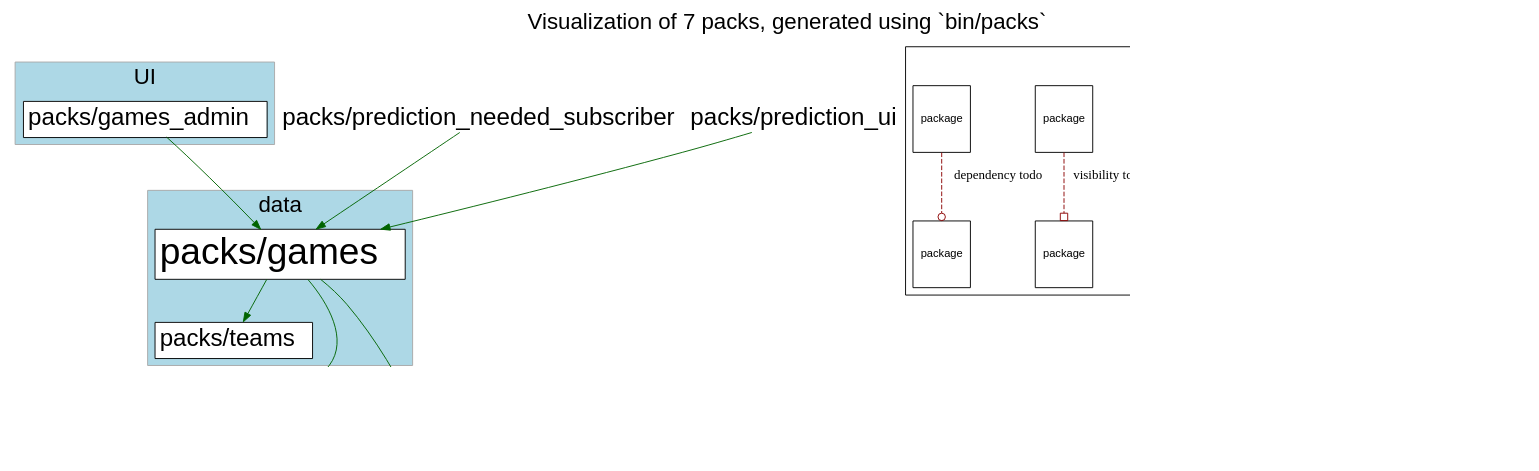
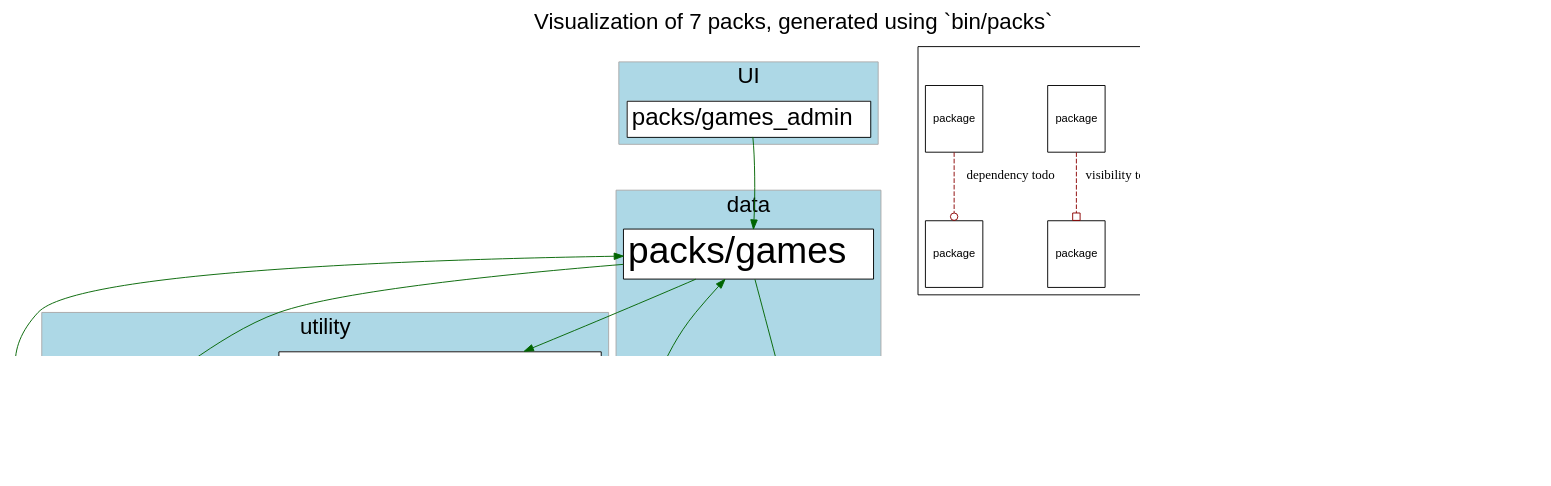
Before and after one commit to shageman/package-based-rails-applications-book: the diagram in c5s09/sportsball/packs/games/packs.dot, drawn with Graphviz. The commit also changed 1037 other files, not shown here.

Commit message:
Improve new packs diagrams when packages are not in layers

```diff
--- a/c5s09/sportsball/packs/games/packs.dot
+++ b/c5s09/sportsball/packs/games/packs.dot
@@ -135,6 +135,46 @@
                   style=invis
                 ]
     }
+    subgraph NotInLayer {
+      shape=box
+      color=darkgrey
+      fillcolor=lightblue
+      style=filled
+
+
+        "packs/prediction_needed_subscriber" [
+            fontsize=26.0
+              URL="https://github.com/shageman/package-based-rails-applications-book/tree/main/c4s07/sportsball/packs/prediction_needed_subscriber"
+            label=               <
+                <table border='0' cellborder='1' cellspacing='0' cellpadding='4'>
+                  <tr> <td align='left'> packs/prediction_needed_subscriber </td> </tr>
+                </table>
+              >
+          ]
+
+                "packs/predictor_interface" -> "packs/prediction_needed_subscriber" [
+                  style=invis
+                ]
+                "packs/rails_shims" -> "packs/prediction_needed_subscriber" [
+                  style=invis
+                ]
+        "packs/prediction_ui" [
+            fontsize=26.0
+              URL="https://github.com/shageman/package-based-rails-applications-book/tree/main/c4s07/sportsball/packs/prediction_ui"
+            label=               <
+                <table border='0' cellborder='1' cellspacing='0' cellpadding='4'>
+                  <tr> <td align='left'> packs/prediction_ui </td> </tr>
+                </table>
+              >
+          ]
+
+                "packs/predictor_interface" -> "packs/prediction_ui" [
+                  style=invis
+                ]
+                "packs/rails_shims" -> "packs/prediction_ui" [
+                  style=invis
+                ]
+    }
 
           "packs/games" -> "packs/predictor_interface" [
             color=darkgreen
```
